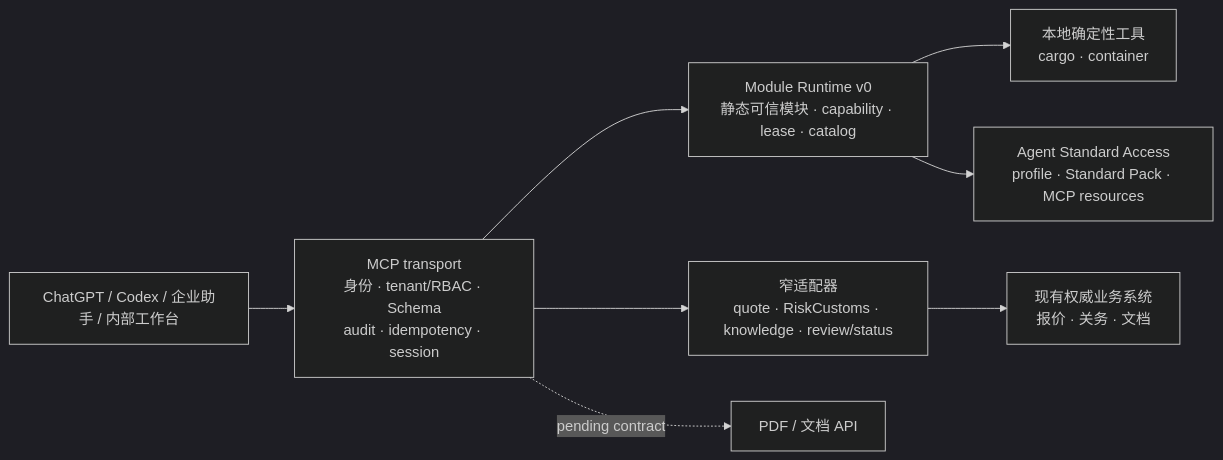
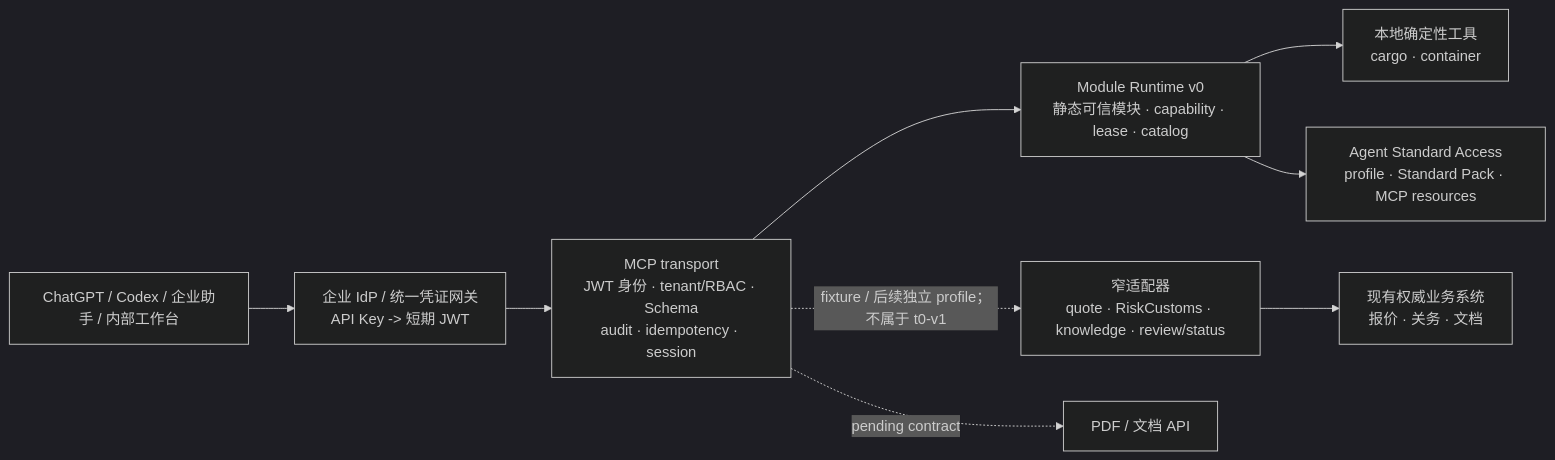
The first of 3 diagrams in README.md (zqj372-ops/cross-border-logistics-mcp), drawn with Mermaid (dark theme) before and after one commit. The commit also changed other lines of this file and 103 other files, not shown here.

```diff
--- a/README.md
+++ b/README.md
@@ -21,10 +23,11 @@
 ~~~mermaid
 flowchart LR
-  C["ChatGPT / Codex / 企业助手 / 内部工作台"] --> T["MCP transport\n身份 · tenant/RBAC · Schema\naudit · idempotency · session"]
+  C["ChatGPT / Codex / 企业助手 / 内部工作台"] --> G["企业 IdP / 统一凭证网关\nAPI Key -> 短期 JWT"]
+  G --> T["MCP transport\nJWT 身份 · tenant/RBAC · Schema\naudit · idempotency · session"]
   T --> H["Module Runtime v0\n静态可信模块 · capability · lease · catalog"]
   H --> L["本地确定性工具\ncargo · container"]
   H --> A["Agent Standard Access\nprofile · Standard Pack · MCP resources"]
-  T --> X["窄适配器\nquote · RiskCustoms · knowledge · review/status"]
+  T -. "fixture / 后续独立 profile；不属于 t0-v1" .-> X["窄适配器\nquote · RiskCustoms · knowledge · review/status"]
   X --> S["现有权威业务系统\n报价 · 关务 · 文档"]
   T -. "pending contract" .-> P["PDF / 文档 API"]
 ~~~
```
